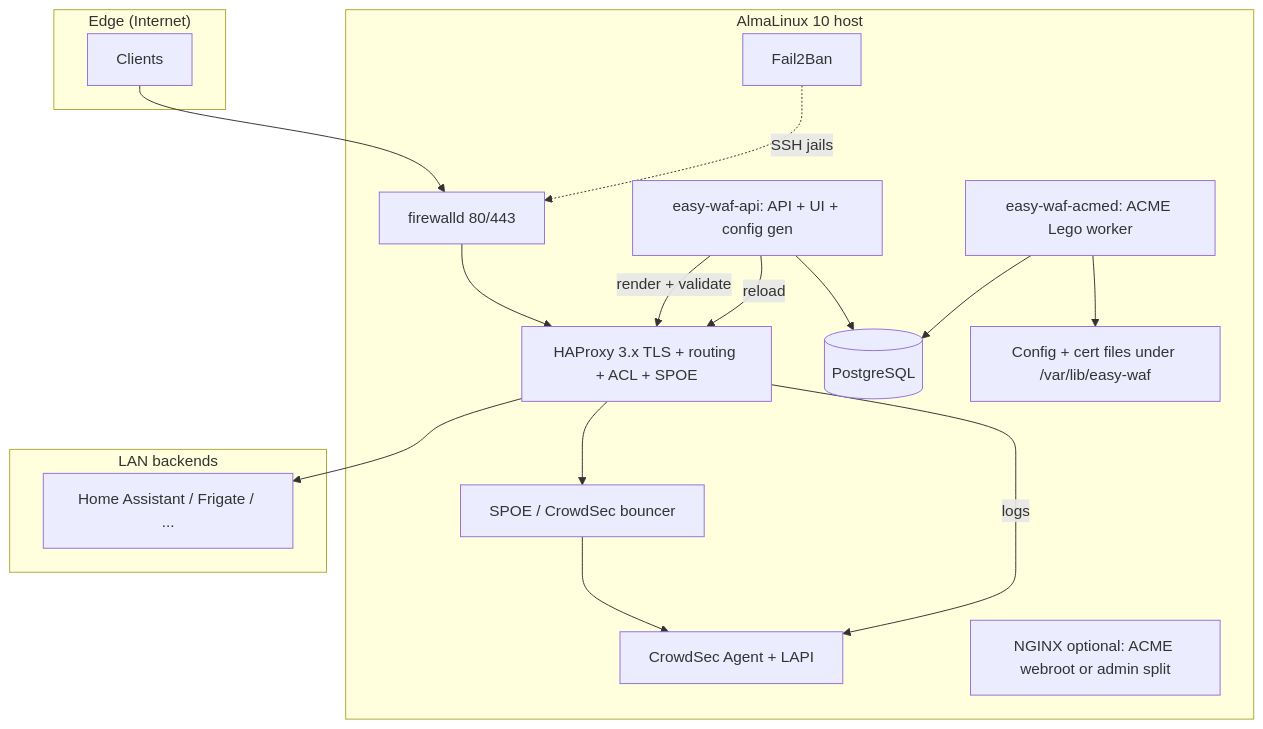
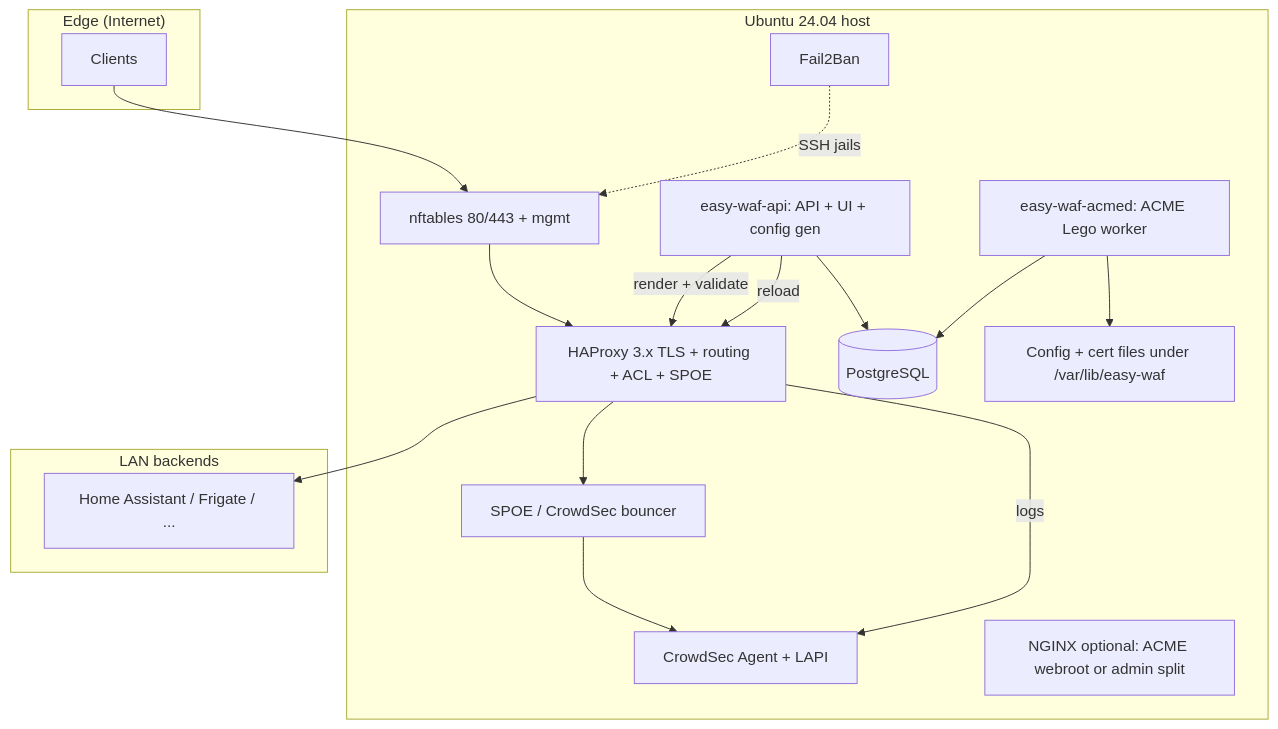
The first of 2 diagrams in docs/ARCHITECTURE.md (sbezpalov/easy-waf), drawn with Mermaid before and after one commit. The commit also changed 29 other files, not shown here.

Commit message:
update installation scripts and documentation for Ubuntu 24.04 LTS: transition from AlmaLinux to Ubuntu as the primary OS, replace firewalld with nftables for firewall management, and enhance installation instructions for improved clarity and consistency

````diff
--- a/docs/ARCHITECTURE.md
+++ b/docs/ARCHITECTURE.md
@@ -19,32 +19,32 @@
 ```mermaid
 flowchart TB
   subgraph Edge["Edge (Internet)"]
     C[Clients]
   end
-  subgraph Host["AlmaLinux 10 host"]
-    FW[firewalld 80/443]
+  subgraph Host["Ubuntu 24.04 host"]
+    FW[nftables 80/443 + mgmt]
     HA[HAProxy 3.x TLS + routing + ACL + SPOE]
     CS[CrowdSec Agent + LAPI]
     SP[SPOE / CrowdSec bouncer]
     F2[Fail2Ban]
     API[easy-waf-api: API + UI + config gen]
     AC[easy-waf-acmed: ACME Lego worker]
     ST[(PostgreSQL)]
     FS[Config + cert files under /var/lib/easy-waf]
     NG[NGINX optional: ACME webroot or admin split]
   end
   subgraph LAN["LAN backends"]
     B1[Home Assistant / Frigate / ...]
   end
   C --> FW --> HA
   HA --> SP
   SP --> CS
   HA -->|logs| CS
   API -->|render + validate| HA
   API --> ST
   AC --> ST
   AC --> FS
   API -->|reload| HA
   HA --> B1
   F2 -.->|SSH jails| FW
 ```
````
